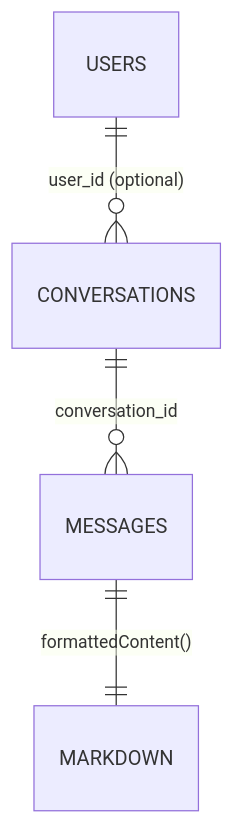
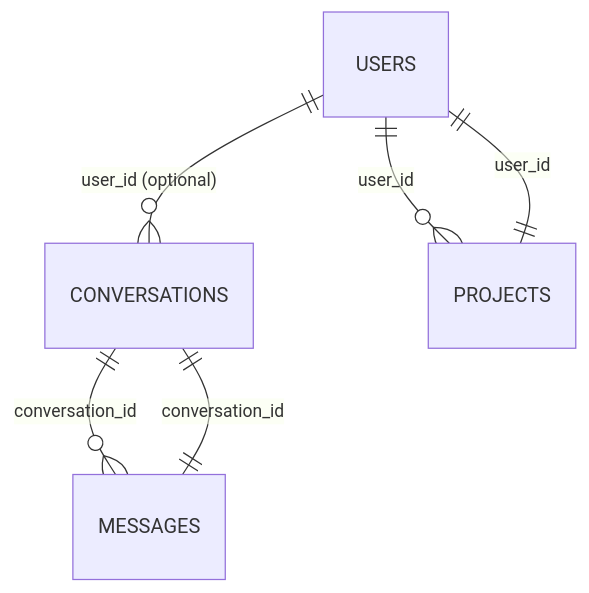
Before and after one commit to siimliimand/laravel-assistant: the fourth of 6 diagrams in .qoder/repowiki/en/content/Laravel Application Components/Models.md, drawn with Mermaid. The commit also changed other lines of this file and 6 other files, not shown here.

First line of the commit message:
feat(database): add project management schema with ownership and status tracking

````diff
--- a/.qoder/repowiki/en/content/Laravel Application Components/Models.md
+++ b/.qoder/repowiki/en/content/Laravel Application Components/Models.md
@@ -328,6 +558,8 @@
 ```mermaid
 erDiagram
 USERS ||--o{ CONVERSATIONS : "user_id (optional)"
+USERS ||--o{ PROJECTS : "user_id"
 CONVERSATIONS ||--o{ MESSAGES : "conversation_id"
-MESSAGES ||--|| MARKDOWN : "formattedContent()"
+PROJECTS ||--|| USERS : "user_id"
+MESSAGES ||--|| CONVERSATIONS : "conversation_id"
 ```
````
